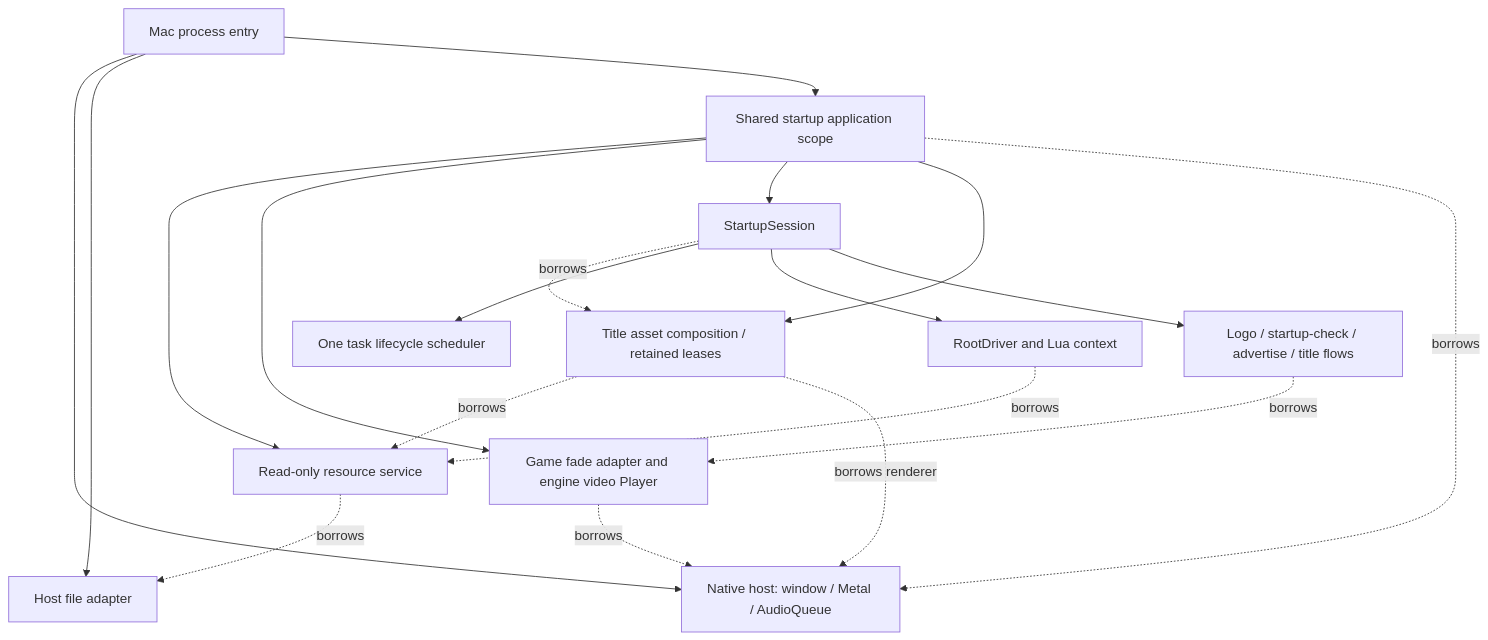
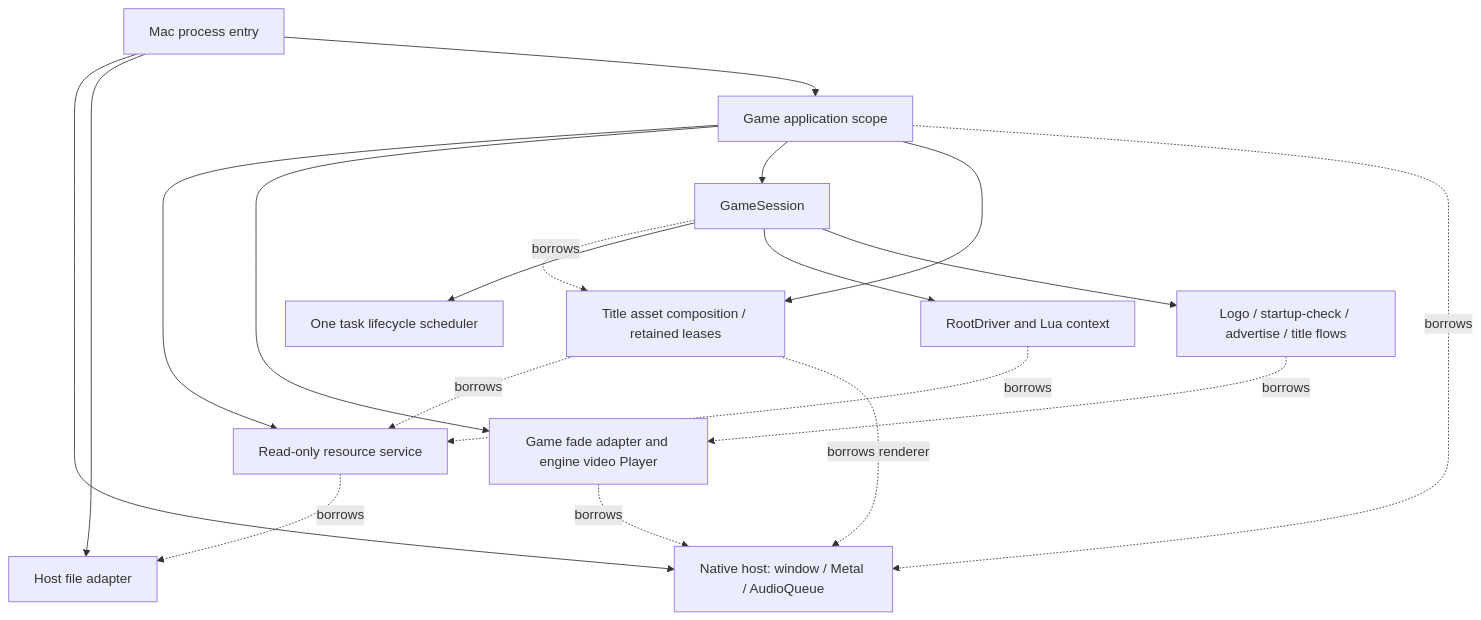
Before and after one commit to plainsight-systems/bullet-witch: the second of 3 diagrams in docs/architecture/runtime-model.md, drawn with Mermaid. The commit also changed other lines of this file and 803 other files, not shown here.

````diff
--- a/docs/architecture/runtime-model.md
+++ b/docs/architecture/runtime-model.md
@@ -135,21 +151,21 @@
 ```mermaid
 flowchart TD
     Entry[Mac process entry] --> Host[Native host: window / Metal / AudioQueue]
     Entry --> Files[Host file adapter]
-    Entry --> Framework[Shared startup application scope]
+    Entry --> Framework[Game application scope]
     Framework --> Resources[Read-only resource service]
     Framework --> Playback[Game fade adapter and engine video Player]
-    Framework --> Session[StartupSession]
+    Framework --> Session[GameSession]
     Framework --> TitleAssets[Title asset composition / retained leases]
     Session -. borrows .-> TitleAssets
     TitleAssets -. borrows .-> Resources
     TitleAssets -. borrows renderer .-> Host
     Framework -. borrows .-> Host
     Resources -. borrows .-> Files
     Session --> Scheduler[One task lifecycle scheduler]
     Session --> Root[RootDriver and Lua context]
     Session --> Screens[Logo / startup-check / advertise / title flows]
     Playback -. borrows .-> Host
     Screens -. borrows .-> Playback
     Root -. borrows .-> Resources
 ```
````
